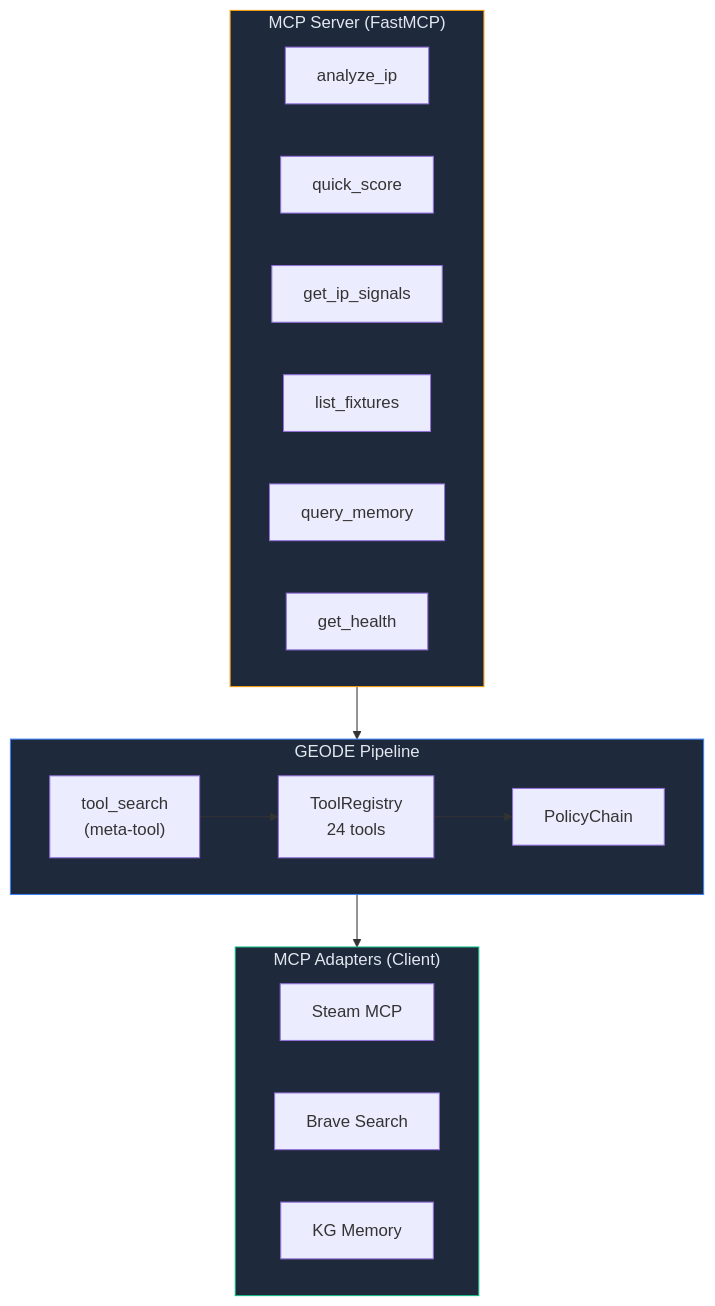
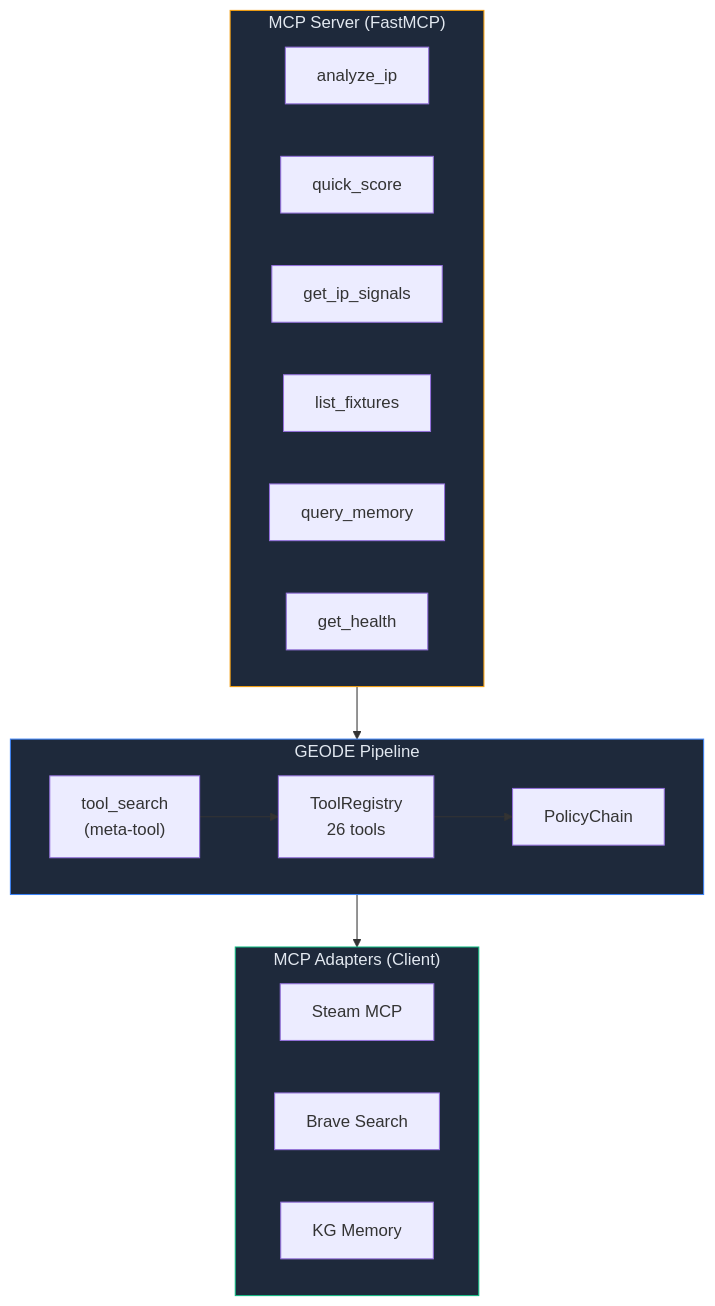
One commit to mangowhoiscloud/geode changed the fourth of 4 diagrams in README.md. Above: the diagram before and after it, drawn with Mermaid. The commit also changed other lines of this file and 3 other files, not shown here.

````diff
--- a/README.md
+++ b/README.md
@@ -140,32 +146,32 @@
 ```mermaid
 graph TB
     subgraph GEODE["GEODE Pipeline"]
-        Registry["ToolRegistry<br/>24 tools"]
+        Registry["ToolRegistry<br/>26 tools"]
         Policy["PolicyChain"]
         TS["tool_search<br/>(meta-tool)"]
     end
 
     subgraph MCPAdapters["MCP Adapters (Client)"]
         Steam["Steam MCP"]
         Brave["Brave Search"]
         KGMem["KG Memory"]
     end
 
     subgraph MCPServer["MCP Server (FastMCP)"]
         T1["analyze_ip"]
         T2["quick_score"]
         T3["get_ip_signals"]
         T4["list_fixtures"]
         T5["query_memory"]
         T6["get_health"]
     end
 
     Registry --> Policy
     TS --> Registry
     GEODE --> MCPAdapters
     MCPServer --> GEODE
 
     style GEODE fill:#1e293b,stroke:#3b82f6,color:#e2e8f0
     style MCPAdapters fill:#1e293b,stroke:#10b981,color:#e2e8f0
     style MCPServer fill:#1e293b,stroke:#f59e0b,color:#e2e8f0
 ```
````
